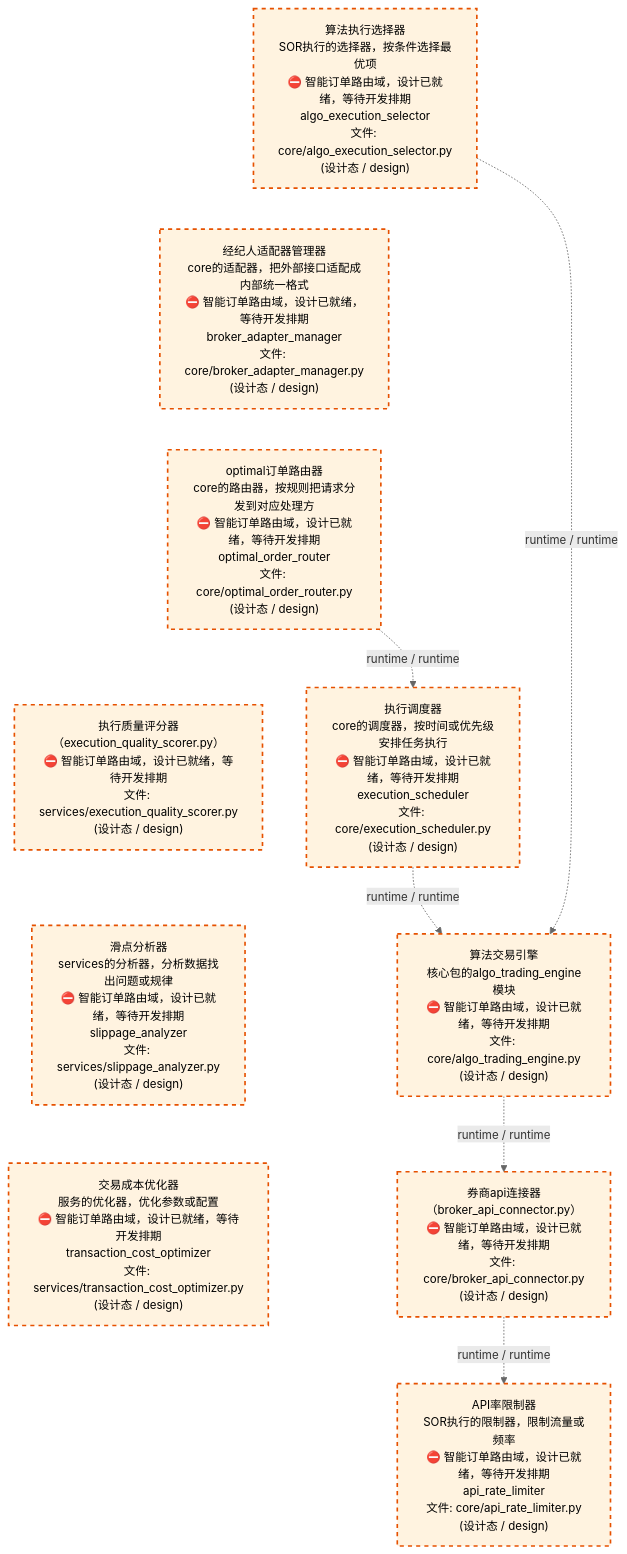
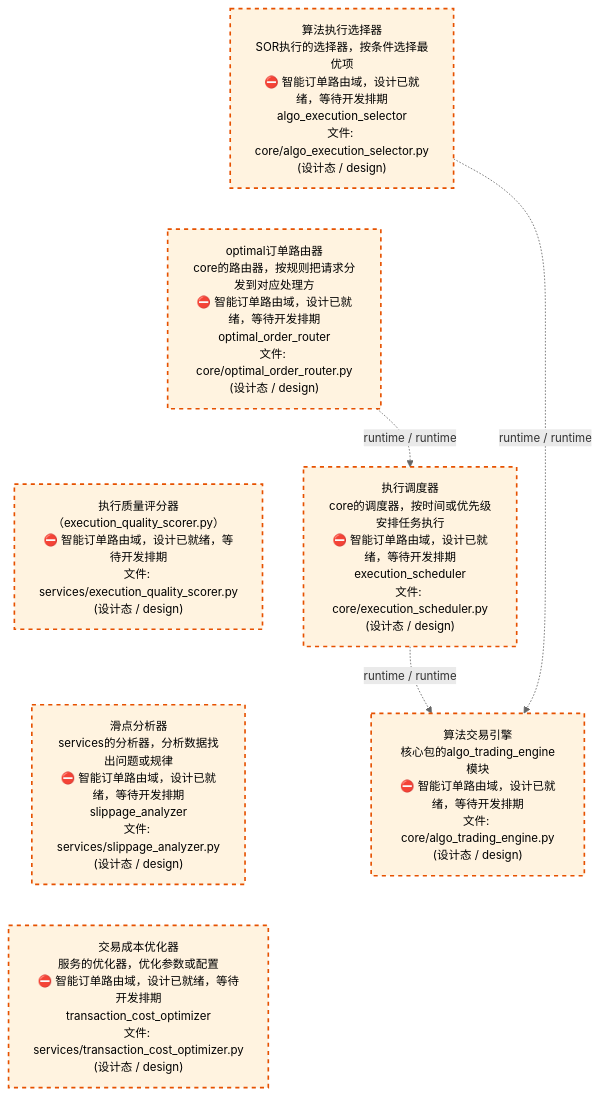
Before and after one commit to xuanFelixVan/ZephyrAlpha: the third of 4 diagrams in docs/02_enterprise_architecture/02_domain_architecture_docs/45_d_ex_sor.md, drawn with Mermaid. The commit also changed other lines of this file and 42 other files, not shown here.

````diff
--- a/docs/02_enterprise_architecture/02_domain_architecture_docs/45_d_ex_sor.md
+++ b/docs/02_enterprise_architecture/02_domain_architecture_docs/45_d_ex_sor.md
@@ -138,29 +148,23 @@
 ```mermaid
 %%{init: {'theme': 'base', 'themeVariables': {'primaryColor': '#eaeaea', 'primaryTextColor': '#333333', 'primaryBorderColor': '#666666', 'lineColor': '#666666', 'secondaryColor': '#eaeaea', 'tertiaryColor': '#eaeaea', 'fontSize': '14px'}}}%%
 flowchart TD
     src_zephyr_ex_sor_core_algo_execution_selector_py["算法执行选择器<br/>SOR执行的选择器，按条件选择最优项<br/>⛔ 智能订单路由域，设计已就绪，等待开发排期<br/>algo_execution_selector<br/>文件: core/algo_execution_selector.py<br/>(设计态 / design)"]
-    src_zephyr_ex_sor_core_broker_adapter_manager_py["经纪人适配器管理器<br/>core的适配器，把外部接口适配成内部统一格式<br/>⛔ 智能订单路由域，设计已就绪，等待开发排期<br/>broker_adapter_manager<br/>文件: core/broker_adapter_manager.py<br/>(设计态 / design)"]
     src_zephyr_ex_sor_core_optimal_order_router_py["optimal订单路由器<br/>core的路由器，按规则把请求分发到对应处理方<br/>⛔ 智能订单路由域，设计已就绪，等待开发排期<br/>optimal_order_router<br/>文件: core/optimal_order_router.py<br/>(设计态 / design)"]
     src_zephyr_ex_sor_services_execution_quality_scorer_py["执行质量评分器<br/>（execution_quality_scorer.py）<br/>⛔ 智能订单路由域，设计已就绪，等待开发排期<br/>文件: services/execution_quality_scorer.py<br/>(设计态 / design)"]
     src_zephyr_ex_sor_services_slippage_analyzer_py["滑点分析器<br/>services的分析器，分析数据找出问题或规律<br/>⛔ 智能订单路由域，设计已就绪，等待开发排期<br/>slippage_analyzer<br/>文件: services/slippage_analyzer.py<br/>(设计态 / design)"]
     src_zephyr_ex_sor_services_transaction_cost_optimizer_py["交易成本优化器<br/>服务的优化器，优化参数或配置<br/>⛔ 智能订单路由域，设计已就绪，等待开发排期<br/>transaction_cost_optimizer<br/>文件: services/transaction_cost_optimizer.py<br/>(设计态 / design)"]
-    src_zephyr_ex_sor_core_algo_execution_selector_py ~~~ src_zephyr_ex_sor_core_broker_adapter_manager_py
-    src_zephyr_ex_sor_core_broker_adapter_manager_py ~~~ src_zephyr_ex_sor_core_optimal_order_router_py
+    src_zephyr_ex_sor_core_algo_execution_selector_py ~~~ src_zephyr_ex_sor_core_optimal_order_router_py
     src_zephyr_ex_sor_core_optimal_order_router_py ~~~ src_zephyr_ex_sor_services_execution_quality_scorer_py
     src_zephyr_ex_sor_services_execution_quality_scorer_py ~~~ src_zephyr_ex_sor_services_slippage_analyzer_py
     src_zephyr_ex_sor_services_slippage_analyzer_py ~~~ src_zephyr_ex_sor_services_transaction_cost_optimizer_py
     src_zephyr_ex_sor_core_execution_scheduler_py["执行调度器<br/>core的调度器，按时间或优先级安排任务执行<br/>⛔ 智能订单路由域，设计已就绪，等待开发排期<br/>execution_scheduler<br/>文件: core/execution_scheduler.py<br/>(设计态 / design)"]
     src_zephyr_ex_sor_core_algo_trading_engine_py["算法交易引擎<br/>核心包的algo_trading_engine模块<br/>⛔ 智能订单路由域，设计已就绪，等待开发排期<br/>文件: core/algo_trading_engine.py<br/>(设计态 / design)"]
-    src_zephyr_ex_sor_core_broker_api_connector_py["券商api连接器<br/>（broker_api_connector.py）<br/>⛔ 智能订单路由域，设计已就绪，等待开发排期<br/>文件: core/broker_api_connector.py<br/>(设计态 / design)"]
-    src_zephyr_ex_sor_core_api_rate_limiter_py["API率限制器<br/>SOR执行的限制器，限制流量或频率<br/>⛔ 智能订单路由域，设计已就绪，等待开发排期<br/>api_rate_limiter<br/>文件: core/api_rate_limiter.py<br/>(设计态 / design)"]
     src_zephyr_ex_sor_core_optimal_order_router_py -.->|runtime / runtime| src_zephyr_ex_sor_core_execution_scheduler_py
     src_zephyr_ex_sor_core_execution_scheduler_py -.->|runtime / runtime| src_zephyr_ex_sor_core_algo_trading_engine_py
-    src_zephyr_ex_sor_core_algo_trading_engine_py -.->|runtime / runtime| src_zephyr_ex_sor_core_broker_api_connector_py
     src_zephyr_ex_sor_core_algo_execution_selector_py -.->|runtime / runtime| src_zephyr_ex_sor_core_algo_trading_engine_py
-    src_zephyr_ex_sor_core_broker_api_connector_py -.->|runtime / runtime| src_zephyr_ex_sor_core_api_rate_limiter_py
     classDef production fill:#e1f5fe,stroke:#01579b,stroke-width:2px,color:#000
     classDef design fill:#fff3e0,stroke:#e65100,stroke-width:2px,color:#000,stroke-dasharray: 5 5
     classDef external_prod fill:#e8f4fd,stroke:#0277bd,stroke-width:1px,color:#000
     classDef external_design fill:#fff8e7,stroke:#ef6c00,stroke-width:1px,color:#000,stroke-dasharray: 5 5
-    class src_zephyr_ex_sor_core_algo_execution_selector_py,src_zephyr_ex_sor_core_algo_trading_engine_py,src_zephyr_ex_sor_core_api_rate_limiter_py,src_zephyr_ex_sor_core_broker_adapter_manager_py,src_zephyr_ex_sor_core_broker_api_connector_py,src_zephyr_ex_sor_core_execution_scheduler_py,src_zephyr_ex_sor_core_optimal_order_router_py,src_zephyr_ex_sor_services_execution_quality_scorer_py,src_zephyr_ex_sor_services_slippage_analyzer_py,src_zephyr_ex_sor_services_transaction_cost_optimizer_py design
+    class src_zephyr_ex_sor_core_algo_execution_selector_py,src_zephyr_ex_sor_core_algo_trading_engine_py,src_zephyr_ex_sor_core_execution_scheduler_py,src_zephyr_ex_sor_core_optimal_order_router_py,src_zephyr_ex_sor_services_execution_quality_scorer_py,src_zephyr_ex_sor_services_slippage_analyzer_py,src_zephyr_ex_sor_services_transaction_cost_optimizer_py design
 ```
````
